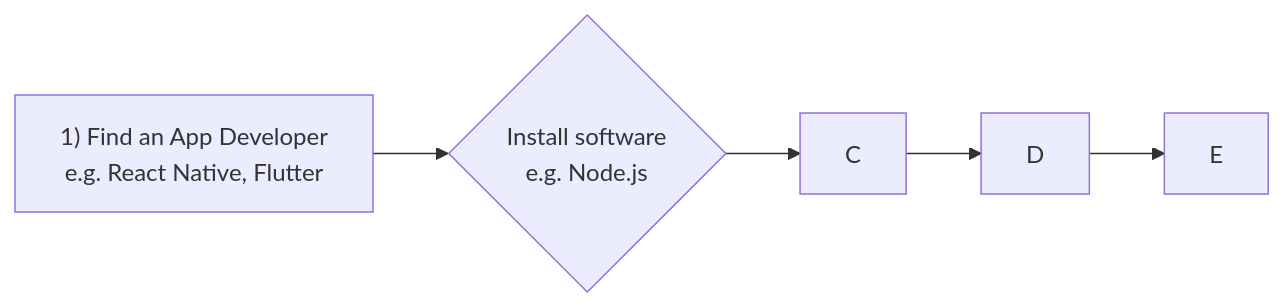
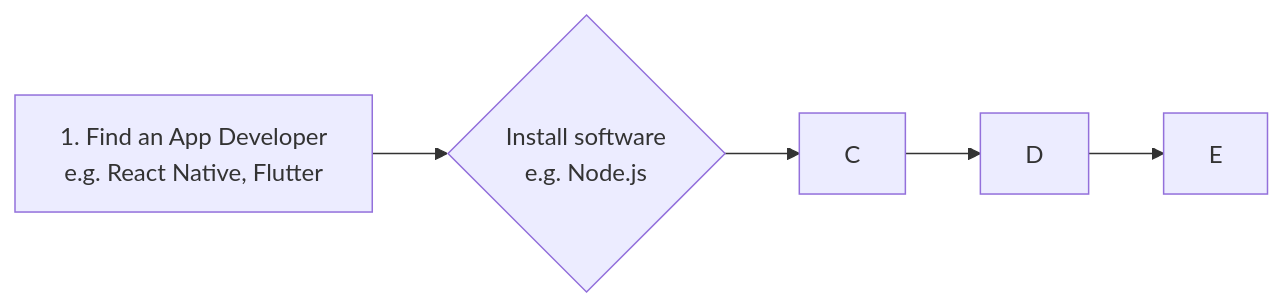
One commit to hmelner/MeshtasticNetworkGuide changed the diagram in CommsAppBuilding&EASGuide.md. Above: the diagram before and after it, drawn with Mermaid.

````diff
--- a/CommsAppBuilding&EASGuide.md
+++ b/CommsAppBuilding&EASGuide.md
@@ -3,7 +3,7 @@
 ```mermaid
   graph LR
-  A["1) Find an App Developer \n e.g. React Native, Flutter"] --> B{"Install software \n e.g. Node.js"}
+  A["1. Find an App Developer \n e.g. React Native, Flutter"] --> B{"Install software \n e.g. Node.js"}
   B-->C
   C-->D
   D-->E
 ```
````
